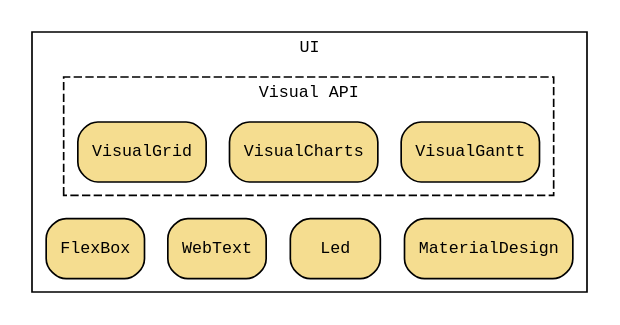
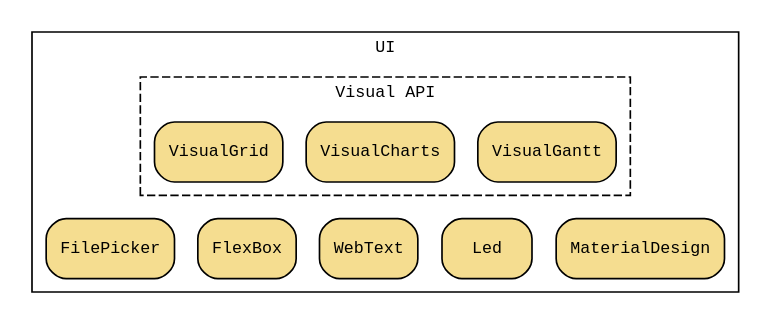
The diagram in src/main/asciidoc/webfx-extras/webfx-extras.adoc (webfx-project/webfx-docs), drawn with Graphviz before and after one commit.

Commit message:
Added FilePicker to WebFX Extras diagram

```diff
--- a/src/main/asciidoc/webfx-extras/webfx-extras.adoc
+++ b/src/main/asciidoc/webfx-extras/webfx-extras.adoc
@@ -3,25 +3,25 @@
 [graphviz, webfx-extras, format=svg]
 ----
 digraph D {
     graph [compound=true, ranksep=0.3, nodesep=0.2, fontname=monospace, fontsize=10]
     node [shape="rectangle", style="rounded,filled", fillcolor="#f5dd90", fontname=monospace, fontsize=10]
 
     subgraph cluster_UI {
         label = "UI"
 
         subgraph cluster_V {
             label = "Visual API"
             style = "dashed"
 
             {rank=same VisualGrid VisualCharts VisualGantt}
             VisualGrid -> VisualCharts -> VisualGantt [style=invis]
         }
 
-        {rank=same FlexBox WebText Led MaterialDesign}
-        FlexBox -> WebText -> Led -> MaterialDesign [style=invis]
+        {rank=same FilePicker FlexBox WebText Led MaterialDesign}
+        FilePicker -> FlexBox -> WebText -> Led -> MaterialDesign [style=invis]
     }
 
     VisualCharts -> Led [style=invis]
-    VisualCharts -> WebText [style=invis]
+    VisualCharts -> FlexBox [style=invis]
 }
 ----
```
